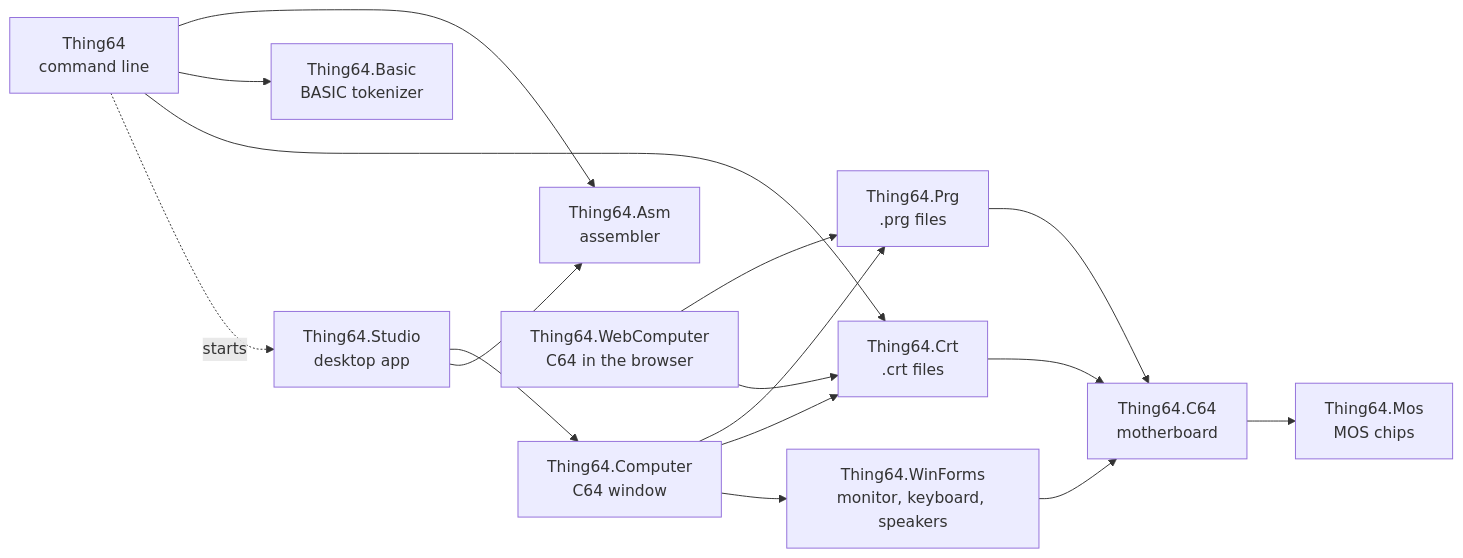
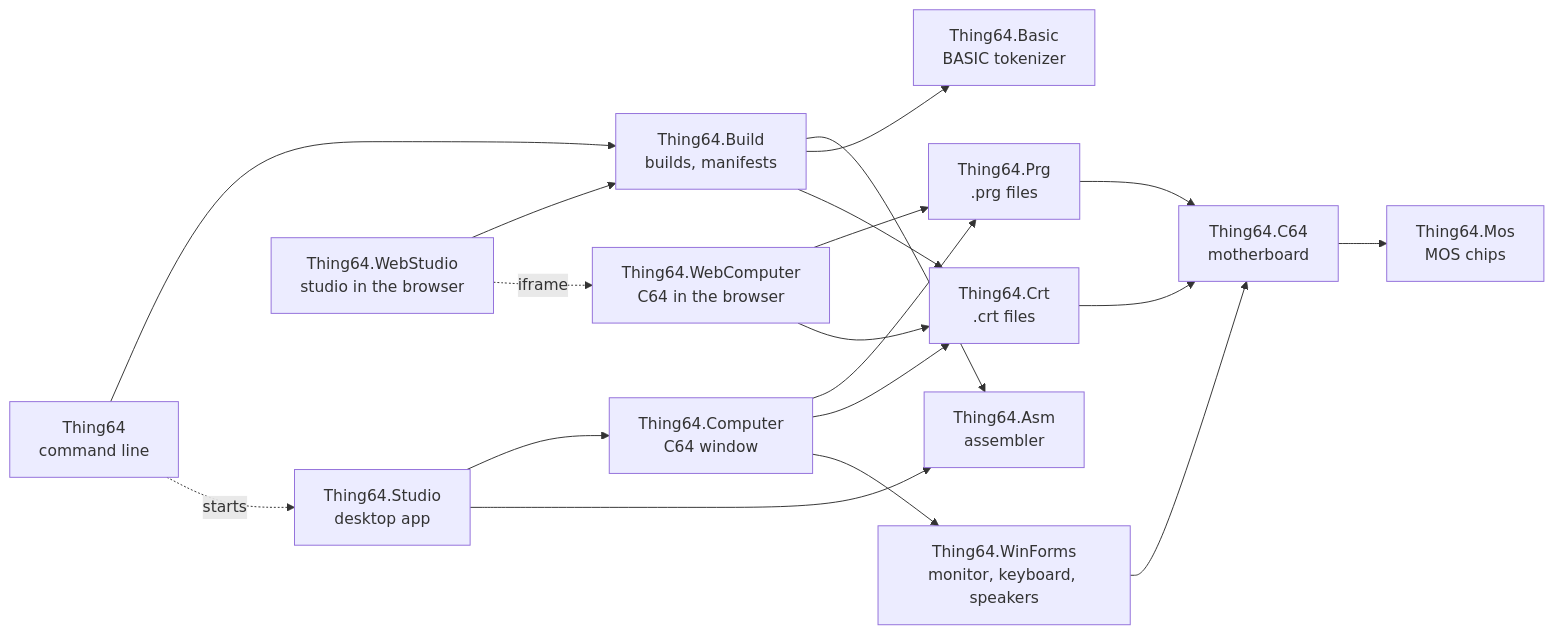
One commit to marcoparenzan/ThingRetro changed the first of 2 diagrams in docs/ARCHITECTURE.md. Above: the diagram before and after it, drawn with Mermaid. The commit also changed other lines of this file and 44 other files, not shown here.

First line of the commit message:
Web studio (Blazor Server), RalfAI assistant and graphics converter

````diff
--- a/docs/ARCHITECTURE.md
+++ b/docs/ARCHITECTURE.md
@@ -9,29 +9,34 @@
 ```mermaid
 flowchart LR
     Mos[Thing64.Mos<br/>MOS chips]
     C64[Thing64.C64<br/>motherboard]
     Prg[Thing64.Prg<br/>.prg files]
     Crt[Thing64.Crt<br/>.crt files]
     Asm[Thing64.Asm<br/>assembler]
     Basic[Thing64.Basic<br/>BASIC tokenizer]
     WinForms[Thing64.WinForms<br/>monitor, keyboard, speakers]
     Computer[Thing64.Computer<br/>C64 window]
     Studio[Thing64.Studio<br/>desktop app]
     Cli[Thing64<br/>command line]
     C64 --> Mos
     Prg --> C64
     Crt --> C64
     WinForms --> C64
     Computer --> Prg
     Computer --> Crt
     Computer --> WinForms
     Studio --> Computer
     Studio --> Asm
-    Cli --> Asm
-    Cli --> Basic
-    Cli --> Crt
+    Build[Thing64.Build<br/>builds, manifests]
+    Build --> Asm
+    Build --> Basic
+    Build --> Crt
+    Cli --> Build
     Cli -. starts .-> Studio
     Web[Thing64.WebComputer<br/>C64 in the browser]
     Web --> Prg
     Web --> Crt
+    WebStudio[Thing64.WebStudio<br/>studio in the browser]
+    WebStudio --> Build
+    WebStudio -. iframe .-> Web
 ```
````
